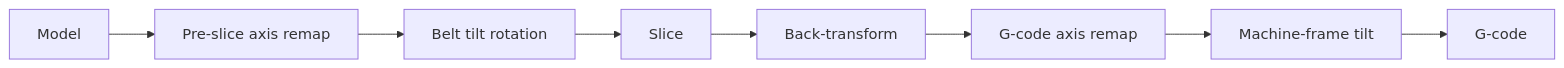
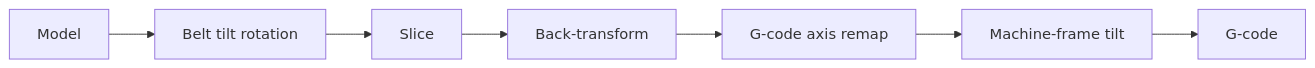
One commit to HarrierPigeon/OrcaSlicer_WIKI changed the diagram in printer_settings/basic information/printer_basic_information_machine_frame_transforms.md. Above: the diagram before and after it, drawn with Mermaid. The commit also changed other lines of this file and 7 other files, not shown here.

````diff
--- a/printer_settings/basic information/printer_basic_information_machine_frame_transforms.md
+++ b/printer_settings/basic information/printer_basic_information_machine_frame_transforms.md
@@ -64,10 +61,9 @@
 ```mermaid
 flowchart LR
-    A[Model] --> B[Pre-slice axis remap]
-    B --> C[Belt tilt rotation]
-    C --> D[Slice]
-    D --> E[Back-transform]
-    E --> F[G-code axis remap]
-    F --> G[Machine-frame tilt]
-    G --> H[G-code]
+    A[Model] --> B[Belt tilt rotation]
+    B --> C[Slice]
+    C --> D[Back-transform]
+    D --> E[G-code axis remap]
+    E --> F[Machine-frame tilt]
+    F --> G[G-code]
 ```
````
